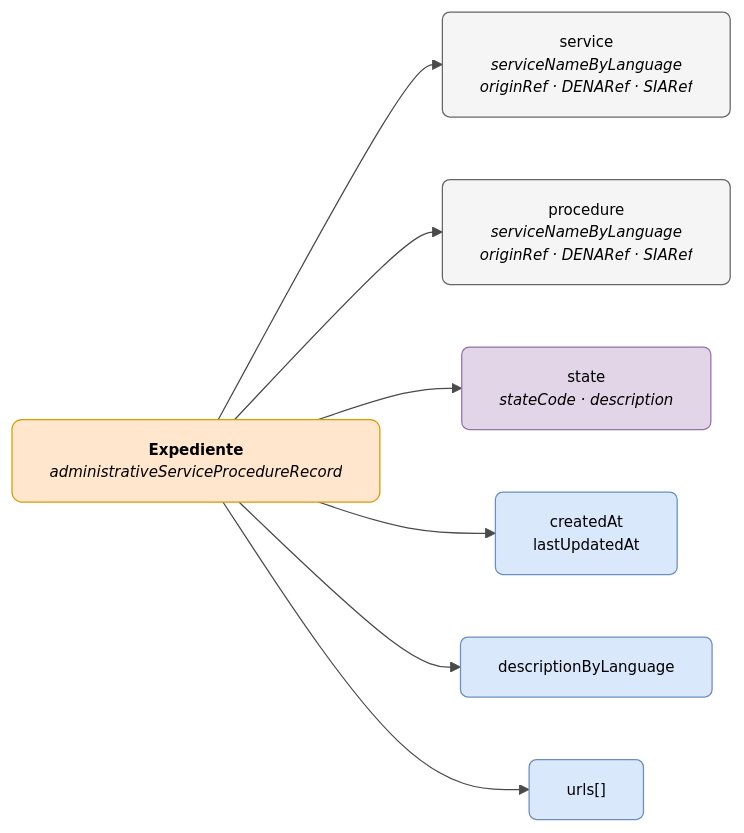
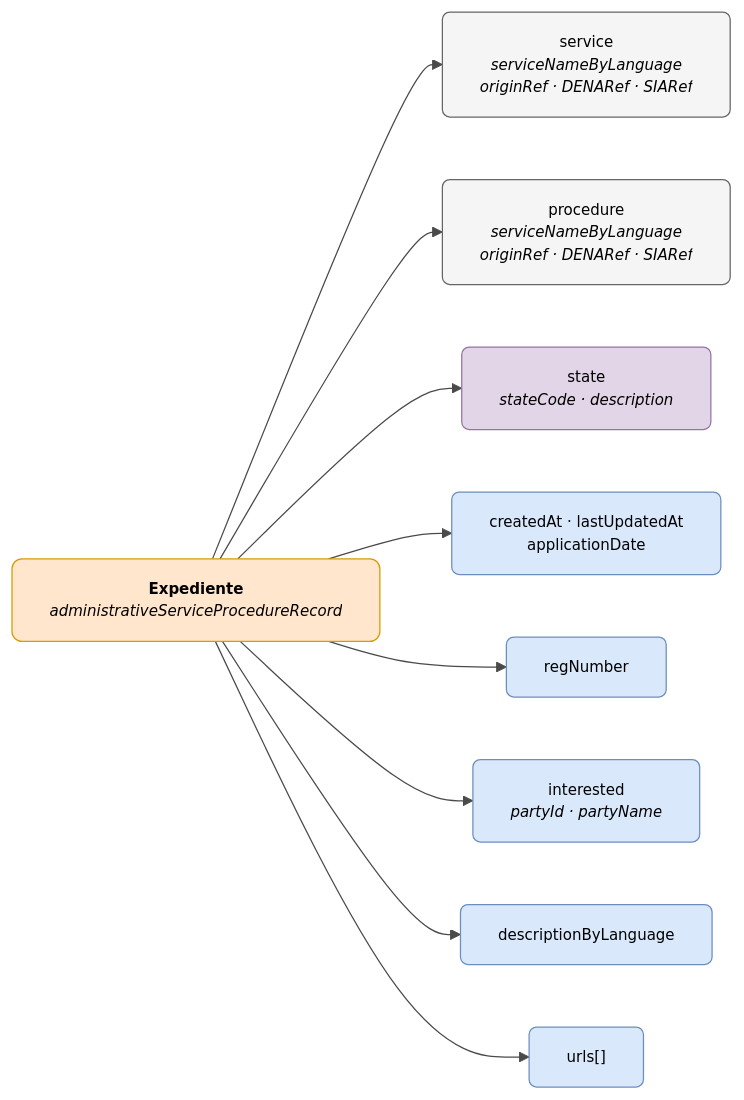
Before and after one commit to DENA-Euskadi/dena-euskadi.github.io: the diagram in docs/semantica/data-retrieve/data/expediente.md, drawn with Mermaid. The commit also changed other lines of this file and 14 other files, not shown here.

````diff
--- a/docs/semantica/data-retrieve/data/expediente.md
+++ b/docs/semantica/data-retrieve/data/expediente.md
@@ -14,32 +14,36 @@
 ```mermaid
 ---
 config:
   theme: base
   themeVariables:
     primaryColor: "#FFFFFF"
     primaryTextColor: "#000000"
     primaryBorderColor: "#CCCCCC"
     lineColor: "#4A4A4A"
     fontSize: "12px"
 ---
 flowchart LR
     EXP["<b>Expediente</b><br/><i>administrativeServiceProcedureRecord</i>"]
 
     EXP --> SRV["service<br/><i>serviceNameByLanguage<br/>originRef · DENARef · SIARef</i>"]
     EXP --> PROC["procedure<br/><i>serviceNameByLanguage<br/>originRef · DENARef · SIARef</i>"]
     EXP --> STATE["state<br/><i>stateCode · description</i>"]
-    EXP --> DATES["createdAt<br/>lastUpdatedAt"]
+    EXP --> DATES["createdAt · lastUpdatedAt<br/>applicationDate"]
+    EXP --> REGNUMBER["regNumber"]
+    EXP --> INTERESTED["interested<br/><i>partyId · partyName</i>"]
     EXP --> DESC["descriptionByLanguage"]
     EXP --> URLS["urls[]"]
 
     style EXP fill:#ffe6cc,stroke:#d79b00,color:#000000,rx:8,ry:8
     style SRV fill:#f5f5f5,stroke:#666666,color:#000000,rx:6,ry:6
     style PROC fill:#f5f5f5,stroke:#666666,color:#000000,rx:6,ry:6
     style STATE fill:#e1d5e7,stroke:#9673a6,color:#000000,rx:6,ry:6
     style DATES fill:#dae8fc,stroke:#6c8ebf,color:#000000,rx:6,ry:6
+    style REGNUMBER fill:#dae8fc,stroke:#6c8ebf,color:#000000,rx:6,ry:6
+    style INTERESTED fill:#dae8fc,stroke:#6c8ebf,color:#000000,rx:6,ry:6
     style DESC fill:#dae8fc,stroke:#6c8ebf,color:#000000,rx:6,ry:6
     style URLS fill:#dae8fc,stroke:#6c8ebf,color:#000000,rx:6,ry:6
 
     click SRV "https://github.com/DENA-Euskadi/dena-common-docs/blob/main/docs/semantica/data-retrieve/data/servicio-administrativo.md" "Ver Servicio Administrativo"
     click PROC "https://github.com/DENA-Euskadi/dena-common-docs/blob/main/docs/semantica/data-retrieve/data/servicio-administrativo.md" "Ver Procedimiento"
 ```
````
